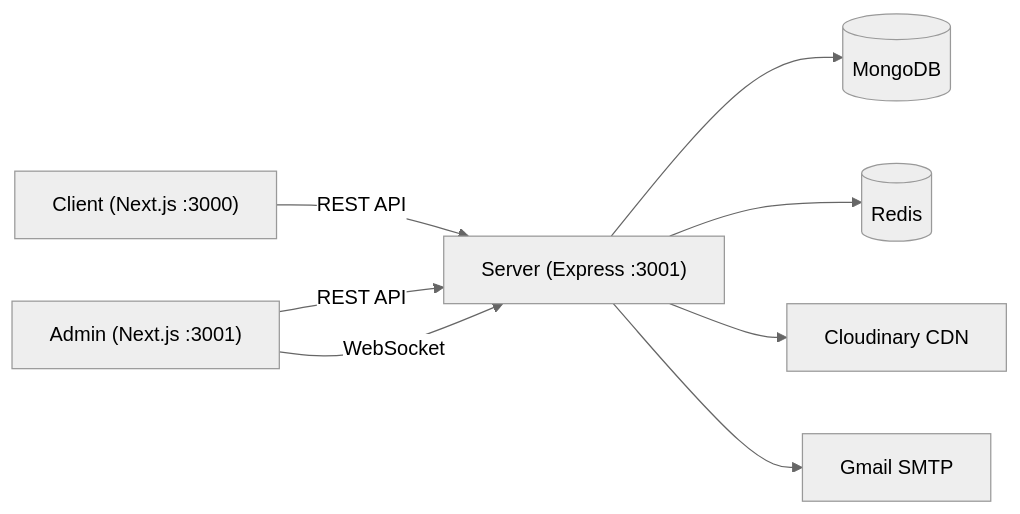
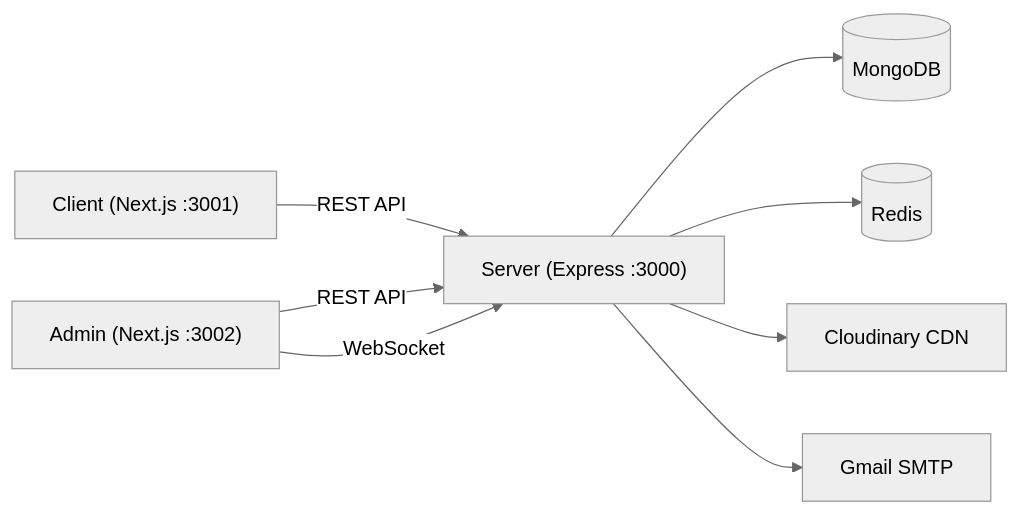
Before and after one commit to 3mrmousa/PressIt: the first of 3 diagrams in README.md, drawn with Mermaid (neutral theme). The commit also changed other lines of this file and 13 other files, not shown here.

````diff
--- a/README.md
+++ b/README.md
@@ -7,10 +7,10 @@
 ```mermaid
 graph LR
-    Client["Client (Next.js :3000)"] -->|REST API| Server["Server (Express :3001)"]
-    Admin["Admin (Next.js :3001)"] -->|REST API| Server
+    Client["Client (Next.js :3001)"] -->|REST API| Server["Server (Express :3000)"]
+    Admin["Admin (Next.js :3002)"] -->|REST API| Server
     Admin -->|WebSocket| Server
     Server --> MongoDB[(MongoDB)]
     Server --> Redis[(Redis)]
     Server --> Cloudinary["Cloudinary CDN"]
     Server --> Gmail["Gmail SMTP"]
 ```
````
